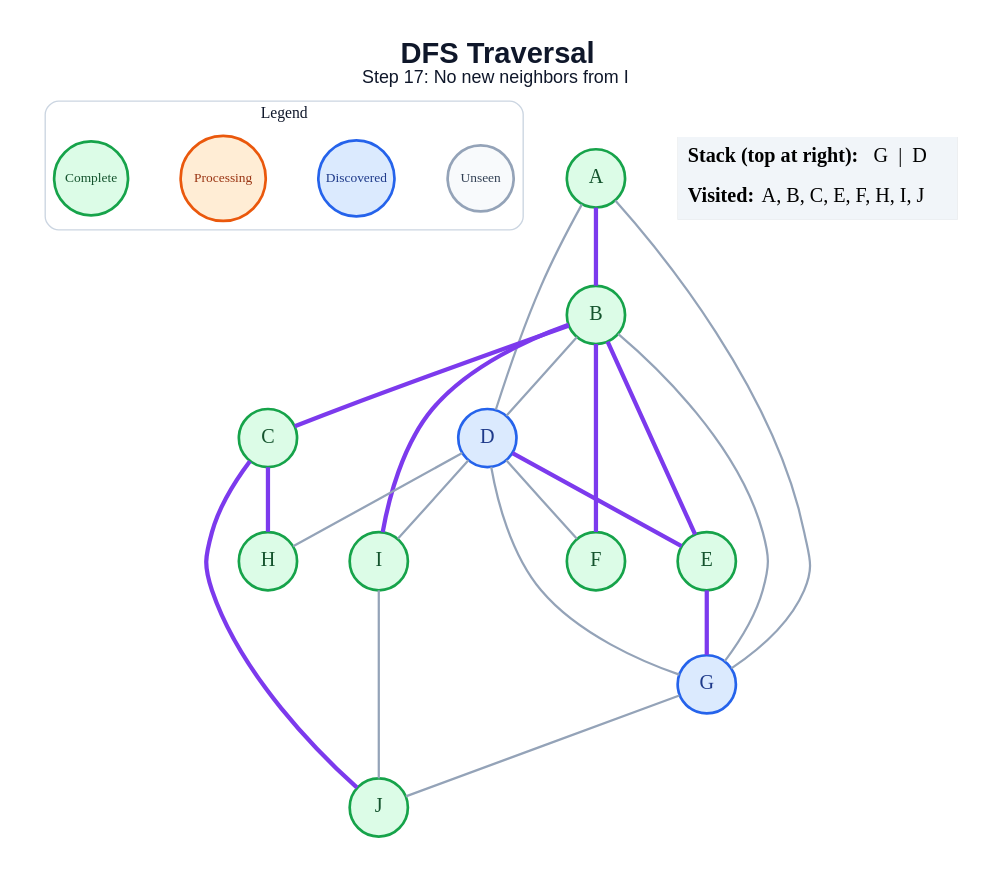
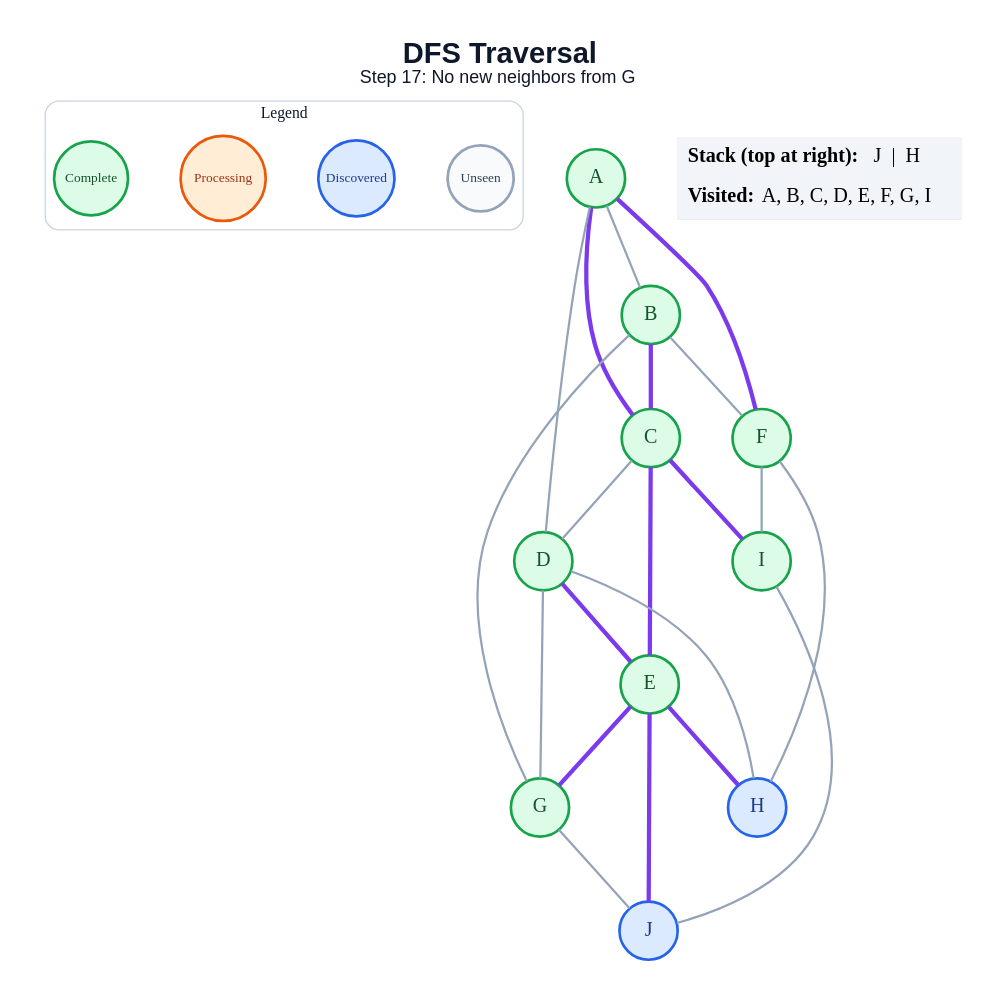
One commit to anon7238593-create/ai-slop changed the diagram in generated/specific-node/dfs/step_17.dot. Above: the diagram before and after it, drawn with Graphviz. The commit also changed 178 other files, not shown here.

```diff
--- a/generated/specific-node/dfs/step_17.dot
+++ b/generated/specific-node/dfs/step_17.dot
@@ -1,48 +1,49 @@
 graph traversal {
   graph [layout=dot, rankdir=TB, bgcolor="#FFFFFF", pad="0.35", nodesep="0.65", ranksep="0.8", fontname="Arial"];
   node [shape=circle, style="filled", fontname="Arial Bold", fontsize=18, width=0.72, fixedsize=true, penwidth=2.4];
   edge [color="#94A3B8", penwidth=2.0];
-  label=<<B>DFS Traversal</B><BR/><FONT POINT-SIZE="16">Step 17: No new neighbors from I</FONT>>; labelloc="t"; fontsize=26; fontname="Arial"; fontcolor="#0F172A";
+  label=<<B>DFS Traversal</B><BR/><FONT POINT-SIZE="16">Step 17: No new neighbors from G</FONT>>; labelloc="t"; fontsize=26; fontname="Arial"; fontcolor="#0F172A";
   subgraph cluster_legend { label="Legend"; color="#CBD5E1"; penwidth=1.2; style="rounded"; fontsize=14; fontname="Arial Bold";
     key_unseen [label="Unseen", fillcolor="#F8FAFC", color="#94A3B8", fontcolor="#334155", fontsize=12, width=0.82];
     key_frontier [label="Discovered", fillcolor="#DBEAFE", color="#2563EB", fontcolor="#1E3A8A", fontsize=12, width=0.95];
     key_current [label="Processing", fillcolor="#FFEDD5", color="#EA580C", fontcolor="#9A3412", fontsize=12, width=1.05];
     key_done [label="Complete", fillcolor="#DCFCE7", color="#16A34A", fontcolor="#14532D", fontsize=12, width=0.92];
     { rank=same; key_unseen; key_frontier; key_current; key_done; }
   }
   A [fillcolor="#DCFCE7", color="#16A34A", fontcolor="#14532D"];
   B [fillcolor="#DCFCE7", color="#16A34A", fontcolor="#14532D"];
   C [fillcolor="#DCFCE7", color="#16A34A", fontcolor="#14532D"];
-  D [fillcolor="#DBEAFE", color="#2563EB", fontcolor="#1E3A8A"];
+  D [fillcolor="#DCFCE7", color="#16A34A", fontcolor="#14532D"];
   E [fillcolor="#DCFCE7", color="#16A34A", fontcolor="#14532D"];
   F [fillcolor="#DCFCE7", color="#16A34A", fontcolor="#14532D"];
-  G [fillcolor="#DBEAFE", color="#2563EB", fontcolor="#1E3A8A"];
-  H [fillcolor="#DCFCE7", color="#16A34A", fontcolor="#14532D"];
+  G [fillcolor="#DCFCE7", color="#16A34A", fontcolor="#14532D"];
+  H [fillcolor="#DBEAFE", color="#2563EB", fontcolor="#1E3A8A"];
   I [fillcolor="#DCFCE7", color="#16A34A", fontcolor="#14532D"];
-  J [fillcolor="#DCFCE7", color="#16A34A", fontcolor="#14532D"];
-  A -- B [color="#7C3AED", penwidth=3.8];
+  J [fillcolor="#DBEAFE", color="#2563EB", fontcolor="#1E3A8A"];
+  A -- B;
+  A -- C [color="#7C3AED", penwidth=3.8];
   A -- D;
-  A -- G;
+  A -- F [color="#7C3AED", penwidth=3.8];
   B -- C [color="#7C3AED", penwidth=3.8];
-  B -- D;
-  B -- E [color="#7C3AED", penwidth=3.8];
-  B -- F [color="#7C3AED", penwidth=3.8];
+  B -- F;
   B -- G;
-  B -- I [color="#7C3AED", penwidth=3.8];
-  C -- H [color="#7C3AED", penwidth=3.8];
-  C -- J [color="#7C3AED", penwidth=3.8];
+  C -- D;
+  C -- E [color="#7C3AED", penwidth=3.8];
+  C -- I [color="#7C3AED", penwidth=3.8];
   D -- E [color="#7C3AED", penwidth=3.8];
-  D -- F;
   D -- G;
   D -- H;
-  D -- I;
   E -- G [color="#7C3AED", penwidth=3.8];
+  E -- H [color="#7C3AED", penwidth=3.8];
+  E -- J [color="#7C3AED", penwidth=3.8];
+  F -- H;
+  F -- I;
   G -- J;
   I -- J;
   status [shape=plain, fixedsize=false, width=0, height=0, margin=0, label=<
     <TABLE BORDER="0" CELLBORDER="0" CELLPADDING="7" BGCOLOR="#F1F5F9">
-      <TR><TD ALIGN="LEFT"><B>Stack (top at right):</B> G  |  D</TD></TR>
-      <TR><TD ALIGN="LEFT"><B>Visited:</B> A, B, C, E, F, H, I, J</TD></TR>
+      <TR><TD ALIGN="LEFT"><B>Stack (top at right):</B> J  |  H</TD></TR>
+      <TR><TD ALIGN="LEFT"><B>Visited:</B> A, B, C, D, E, F, G, I</TD></TR>
     </TABLE>
   >];
 }
```
